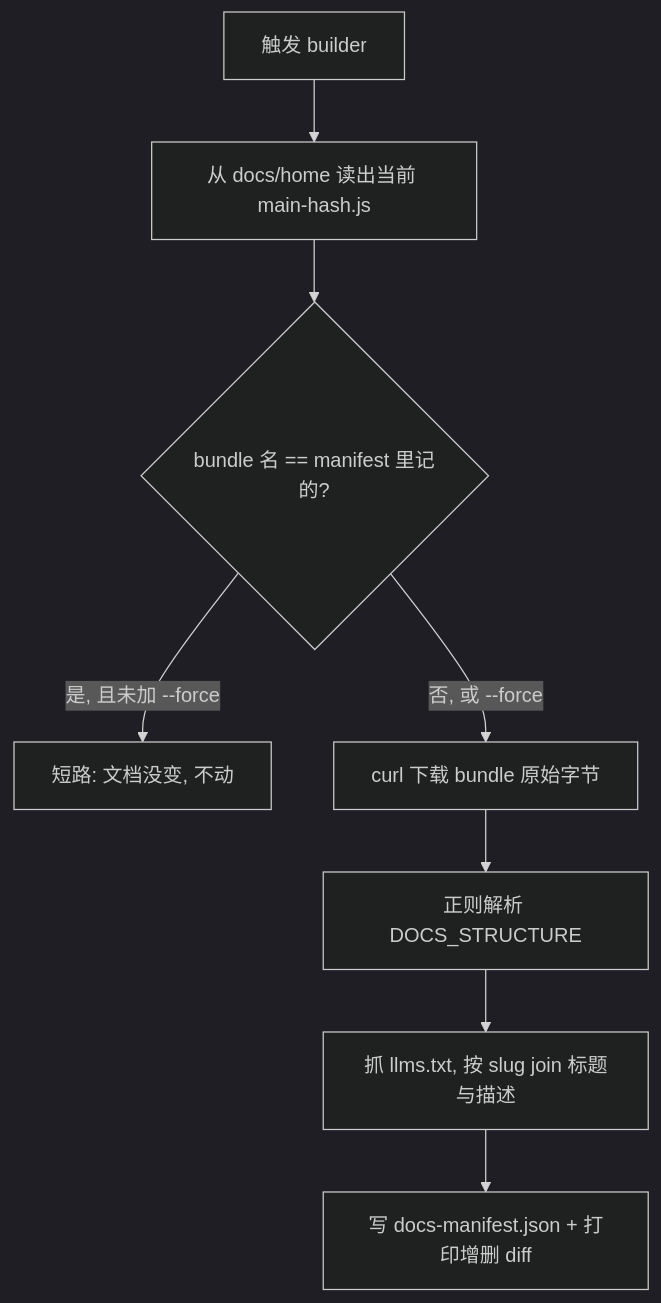
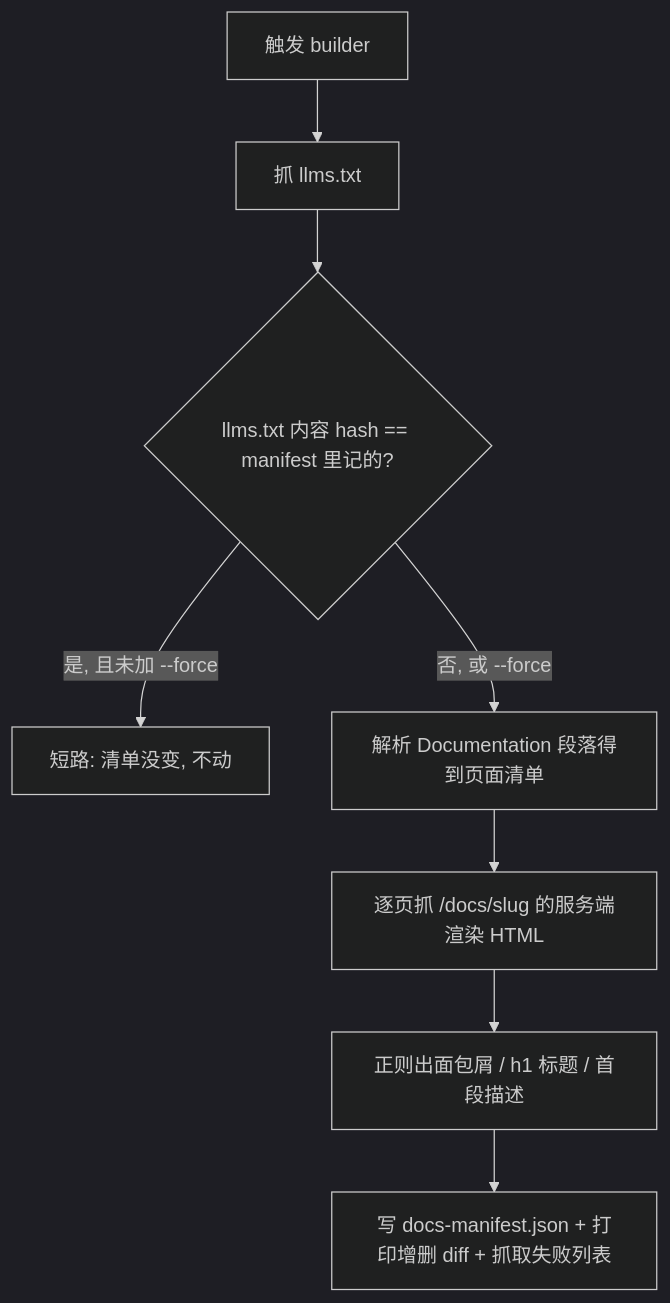
One commit to MacHu-GWU/shsk_coding_agent_docs-project changed the diagram in .claude/skills/antigravity-docs-index-builder/README-cn.md. Above: the diagram before and after it, drawn with Mermaid (dark theme). The commit also changed other lines of this file and 10 other files, not shown here.

````diff
--- a/.claude/skills/antigravity-docs-index-builder/README-cn.md
+++ b/.claude/skills/antigravity-docs-index-builder/README-cn.md
@@ -51,10 +52,10 @@
 ```mermaid
 flowchart TD
-    A[触发 builder] --> B[从 docs/home 读出当前 main-hash.js]
-    B --> C{bundle 名 == manifest 里记的?}
-    C -->|是, 且未加 --force| Z[短路: 文档没变, 不动]
-    C -->|否, 或 --force| D[curl 下载 bundle 原始字节]
-    D --> E[正则解析 DOCS_STRUCTURE]
-    E --> F[抓 llms.txt, 按 slug join 标题与描述]
-    F --> G[写 docs-manifest.json + 打印增删 diff]
+    A[触发 builder] --> B[抓 llms.txt]
+    B --> C{llms.txt 内容 hash == manifest 里记的?}
+    C -->|是, 且未加 --force| Z[短路: 清单没变, 不动]
+    C -->|否, 或 --force| D[解析 Documentation 段落得到页面清单]
+    D --> E[逐页抓 /docs/slug 的服务端渲染 HTML]
+    E --> F[正则出面包屑 / h1 标题 / 首段描述]
+    F --> G[写 docs-manifest.json + 打印增删 diff + 抓取失败列表]
 ```
````
